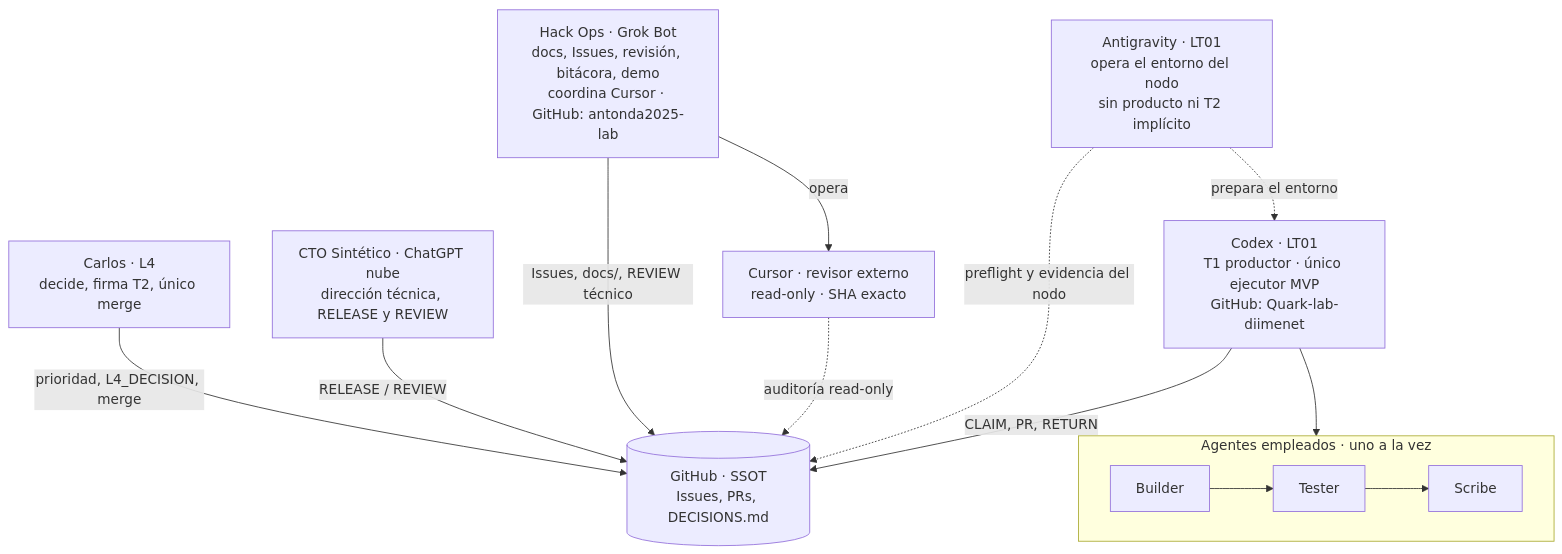
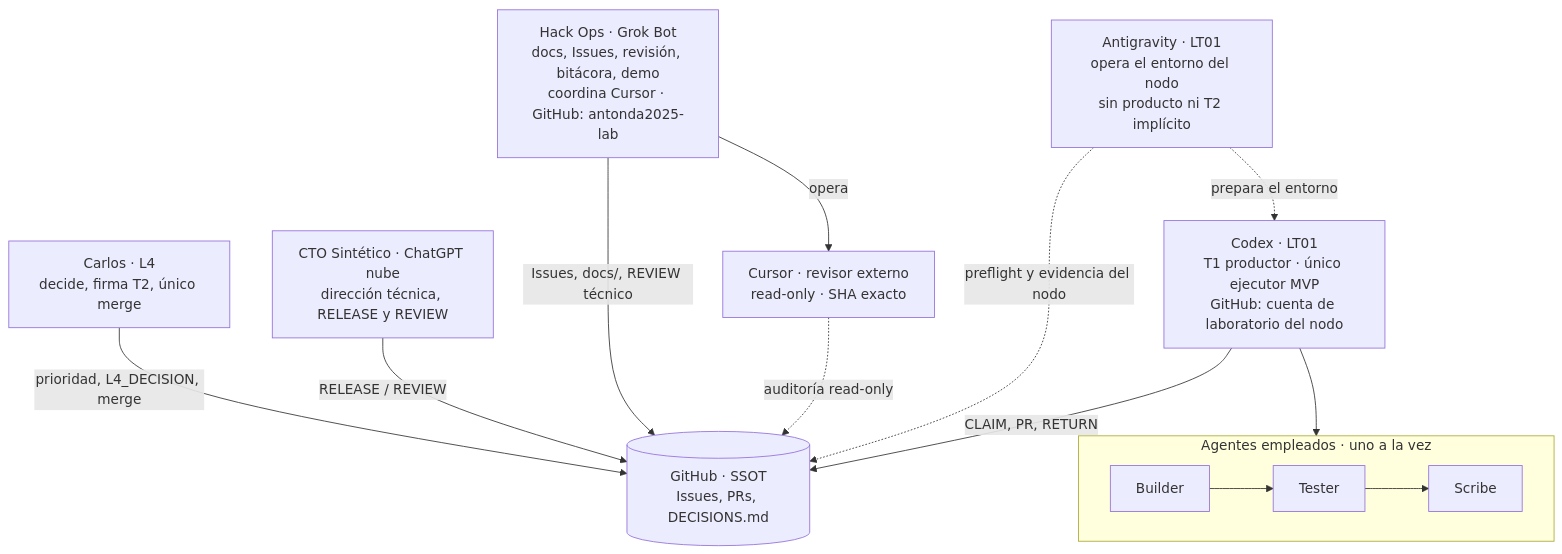
The first of 3 diagrams in docs/SQUAD_OPERATION.md (CarlosSoto92/scribe-recovery-openai), drawn with Mermaid before and after one commit. The commit also changed 14 other files, not shown here.

````diff
--- a/docs/SQUAD_OPERATION.md
+++ b/docs/SQUAD_OPERATION.md
@@ -7,23 +7,23 @@
 ```mermaid
 flowchart TB
     L4["Carlos · L4<br/>decide, firma T2, único merge"]
     CTO["CTO Sintético · ChatGPT nube<br/>dirección técnica, RELEASE y REVIEW"]
     HO["Hack Ops · Grok Bot<br/>docs, Issues, revisión, bitácora, demo<br/>coordina Cursor · GitHub: antonda2025-lab"]
     CR["Cursor · revisor externo<br/>read-only · SHA exacto"]
     AG["Antigravity · LT01<br/>opera el entorno del nodo<br/>sin producto ni T2 implícito"]
-    CX["Codex · LT01<br/>T1 productor · único ejecutor MVP<br/>GitHub: Quark-lab-diimenet"]
+    CX["Codex · LT01<br/>T1 productor · único ejecutor MVP<br/>GitHub: cuenta de laboratorio del nodo"]
     subgraph EMP["Agentes empleados · uno a la vez"]
         B["Builder"] --> T["Tester"] --> S["Scribe"]
     end
     GH[("GitHub · SSOT<br/>Issues, PRs, DECISIONS.md")]
 
     L4 -->|"prioridad, L4_DECISION, merge"| GH
     CTO -->|"RELEASE / REVIEW"| GH
     HO -->|"Issues, docs/, REVIEW técnico"| GH
     HO -->|"opera"| CR
     CR -.->|"auditoría read-only"| GH
     CX -->|"CLAIM, PR, RETURN"| GH
     AG -.->|"preflight y evidencia del nodo"| GH
     AG -.->|"prepara el entorno"| CX
     CX --> EMP
 ```
````
